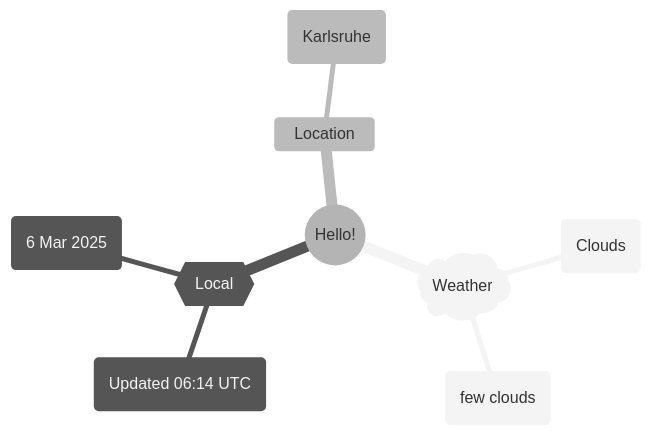
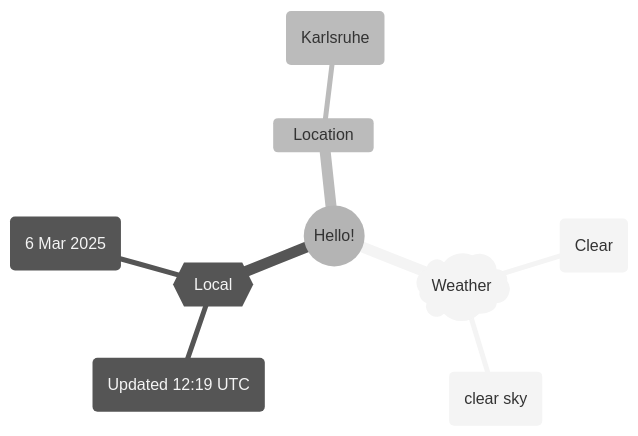
The first of 2 diagrams in README.md (Xosrov/Xosrov), drawn with Mermaid (neutral theme) before and after one commit.

Commit message:
[bot] updated images

````diff
--- a/README.md
+++ b/README.md
@@ -3,12 +3,12 @@
 ```mermaid
 mindmap
   root((Hello!))
     )Weather(
-        (Clouds)
-        (few clouds)
+        (Clear)
+        (clear sky)
     {{Local}}
-        (Updated 06:14 UTC)
+        (Updated 12:19 UTC)
         (6 Mar 2025)
     Location
         (Karlsruhe)
 ```
````
